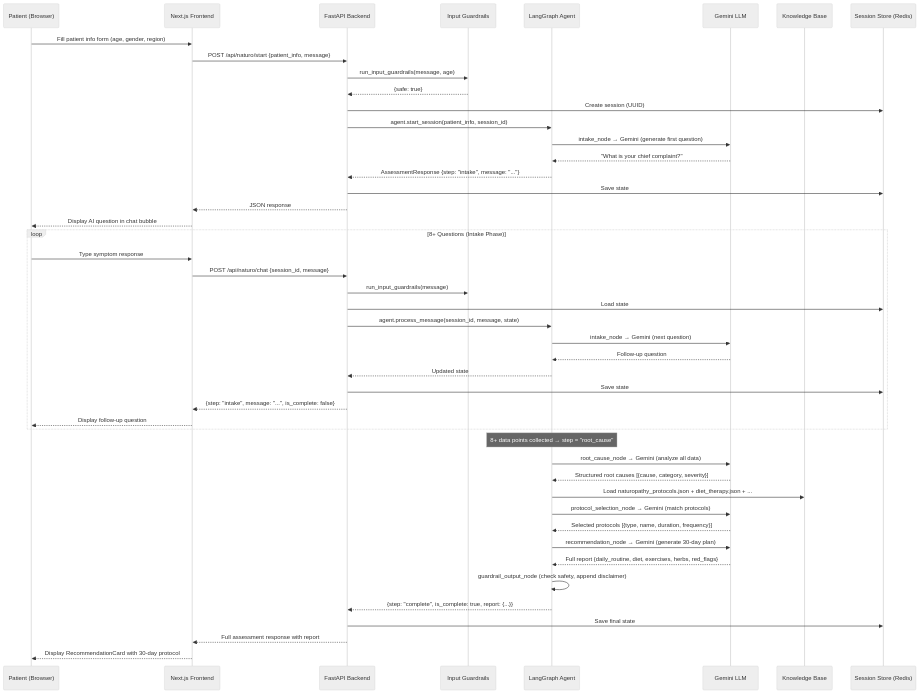
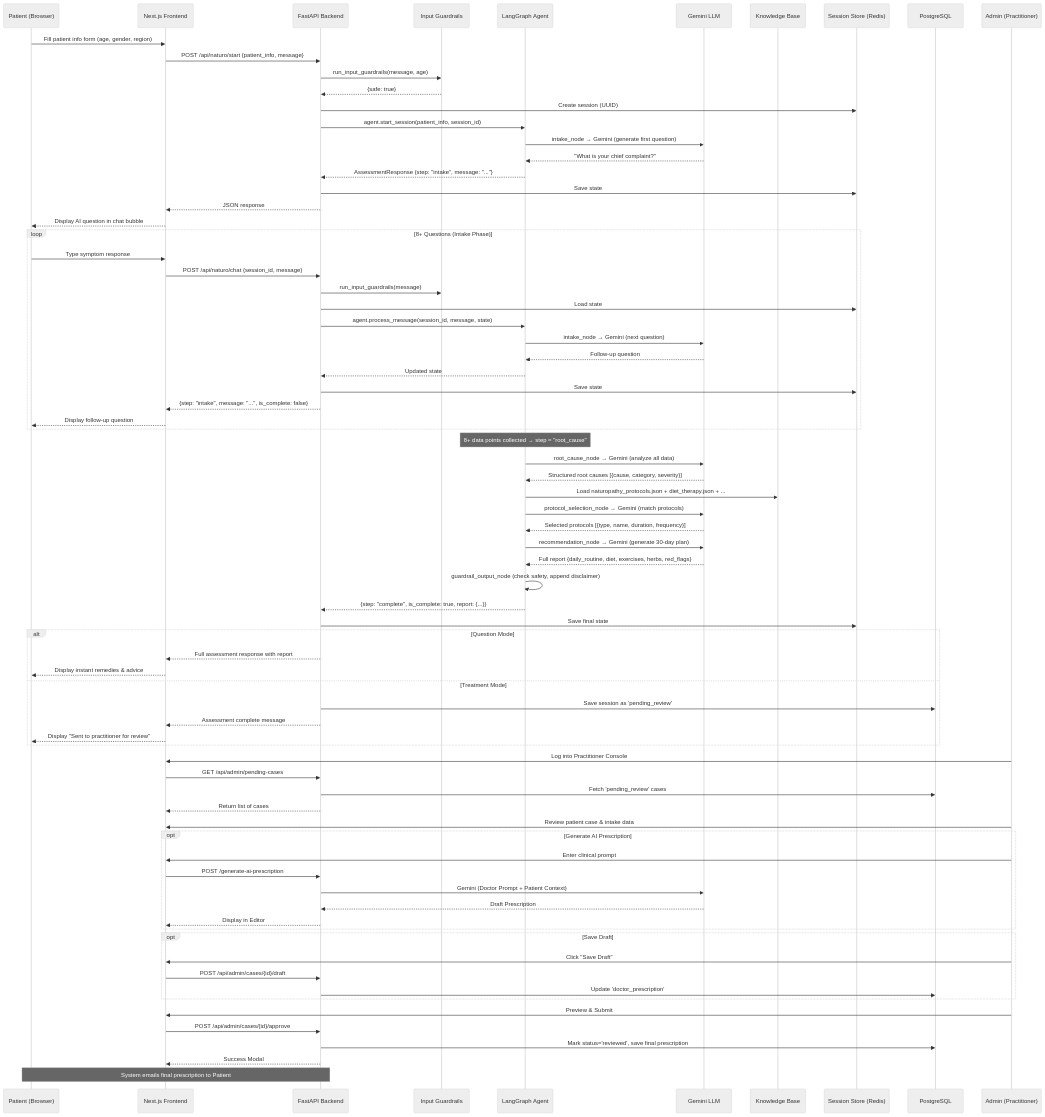
One commit to psahni/holistic_treatment_agent changed the diagram in docs/APPROACH.md. Above: the diagram before and after it, drawn with Mermaid (neutral theme). The commit also changed other lines of this file, not shown here.

Commit message:
Update doc - sequence diagram

````diff
--- a/docs/APPROACH.md
+++ b/docs/APPROACH.md
@@ -295,6 +295,44 @@
     A->>A: guardrail_output_node (check safety, append disclaimer)
     A-->>B: {step: "complete", is_complete: true, report: {...}}
     B->>S: Save final state
-    B-->>F: Full assessment response with report
-    F-->>P: Display RecommendationCard with 30-day protocol
+    
+    alt Question Mode
+        B-->>F: Full assessment response with report
+        F-->>P: Display instant remedies & advice
+    else Treatment Mode
+        B->>DB: Save session as 'pending_review'
+        B-->>F: Assessment complete message
+        F-->>P: Display "Sent to practitioner for review"
+    end
+    
+    %% --- Practitioner Review Flow ---
+    participant AD as Admin (Practitioner)
+    participant DB as PostgreSQL
+    
+    AD->>F: Log into Practitioner Console
+    F->>B: GET /api/admin/pending-cases
+    B->>DB: Fetch 'pending_review' cases
+    B-->>F: Return list of cases
+    
+    AD->>F: Review patient case & intake data
+    
+    opt Generate AI Prescription
+        AD->>F: Enter clinical prompt
+        F->>B: POST /generate-ai-prescription
+        B->>L: Gemini (Doctor Prompt + Patient Context)
+        L-->>B: Draft Prescription
+        B-->>F: Display in Editor
+    end
+    
+    opt Save Draft
+        AD->>F: Click "Save Draft"
+        F->>B: POST /api/admin/cases/{id}/draft
+        B->>DB: Update 'doctor_prescription'
+    end
+    
+    AD->>F: Preview & Submit
+    F->>B: POST /api/admin/cases/{id}/approve
+    B->>DB: Mark status='reviewed', save final prescription
+    B-->>F: Success Modal
+    Note over B,P: System emails final prescription to Patient
 ```
````
